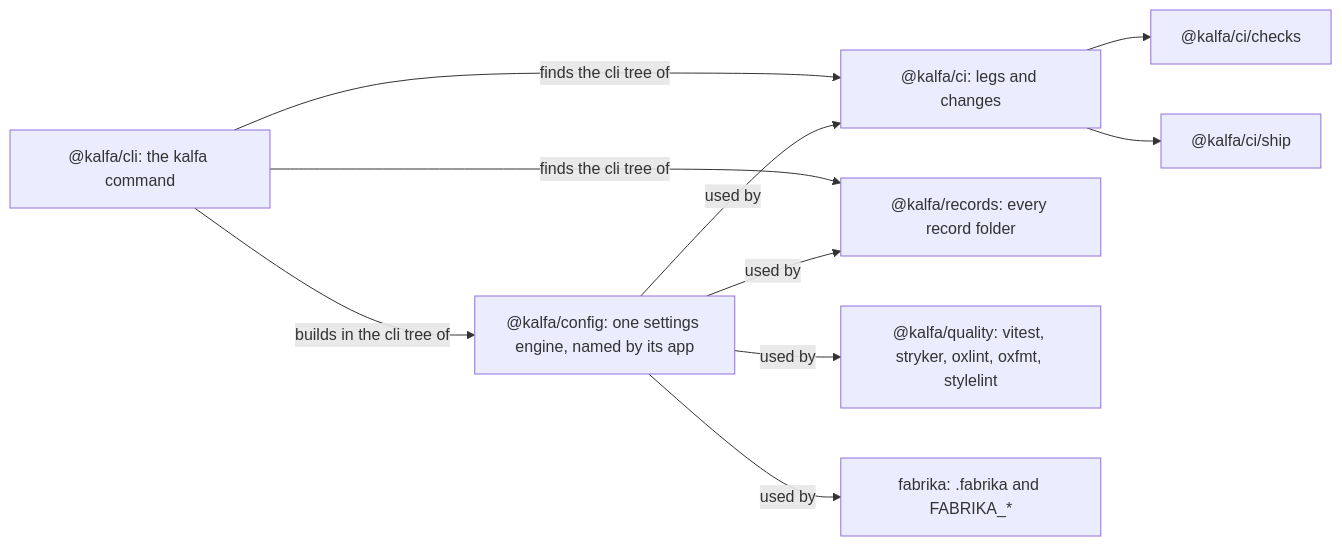
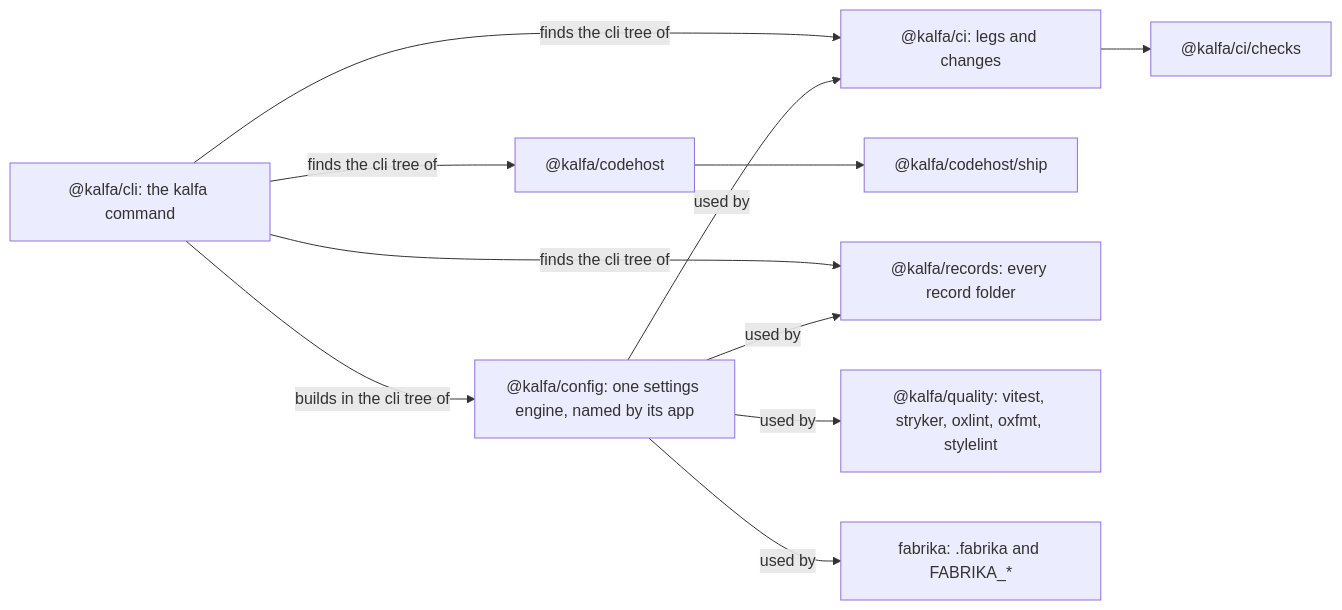
Before and after one commit to kamp-us/tea-fabrika: the diagram in .decisions/0585-kalfa-is-six-domain-packages.md, drawn with Mermaid. The commit also changed other lines of this file and 4 other files, not shown here.

First line of the commit message:
Decision 0614: the code host protocol lives once in @kalfa/codehost, and ship moves there from @kalfa/ci

````diff
--- a/.decisions/0585-kalfa-is-six-domain-packages.md
+++ b/.decisions/0585-kalfa-is-six-domain-packages.md
@@ -11,20 +11,22 @@
 ```mermaid
 flowchart LR
   cli["@kalfa/cli: the kalfa command"]
   config["@kalfa/config: one settings engine, named by its app"]
   ci["@kalfa/ci: legs and changes"]
   checks["@kalfa/ci/checks"]
-  ship["@kalfa/ci/ship"]
+  codehost["@kalfa/codehost"]
+  ship["@kalfa/codehost/ship"]
   records["@kalfa/records: every record folder"]
   quality["@kalfa/quality: vitest, stryker, oxlint, oxfmt, stylelint"]
   fabrika["fabrika: .fabrika and FABRIKA_*"]
   cli -->|builds in the cli tree of| config
   cli -->|finds the cli tree of| ci
+  cli -->|finds the cli tree of| codehost
   cli -->|finds the cli tree of| records
   ci --> checks
-  ci --> ship
+  codehost --> ship
   config -->|used by| fabrika
   config -->|used by| ci
   config -->|used by| records
   config -->|used by| quality
 ```
````
